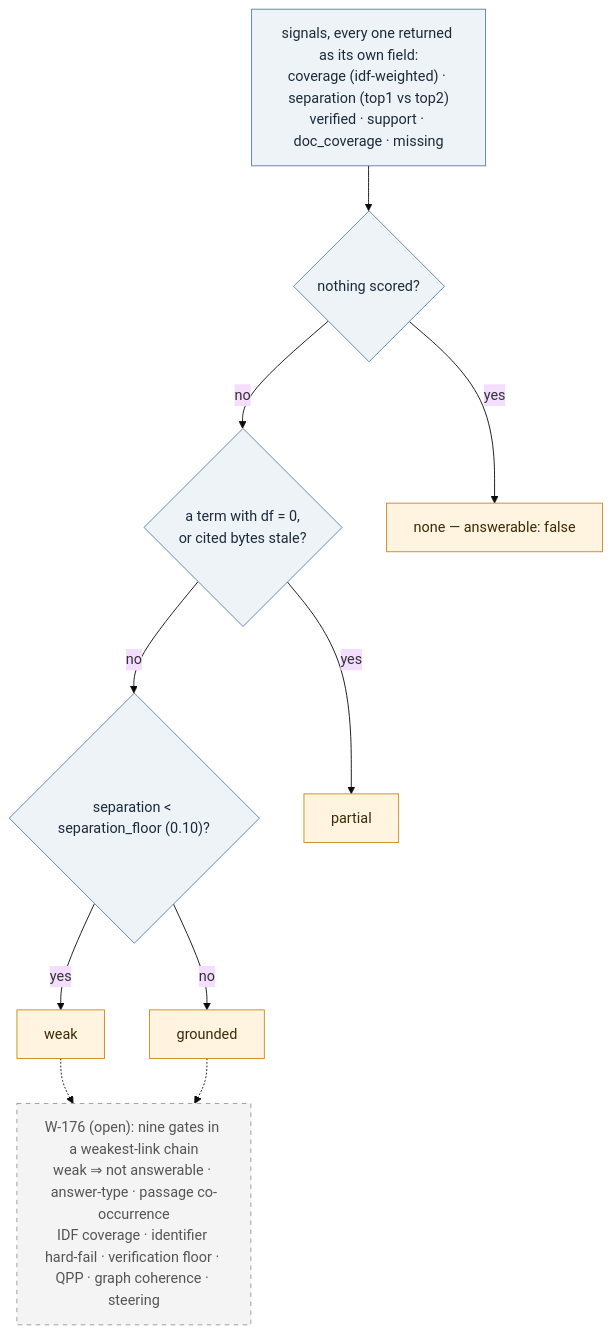
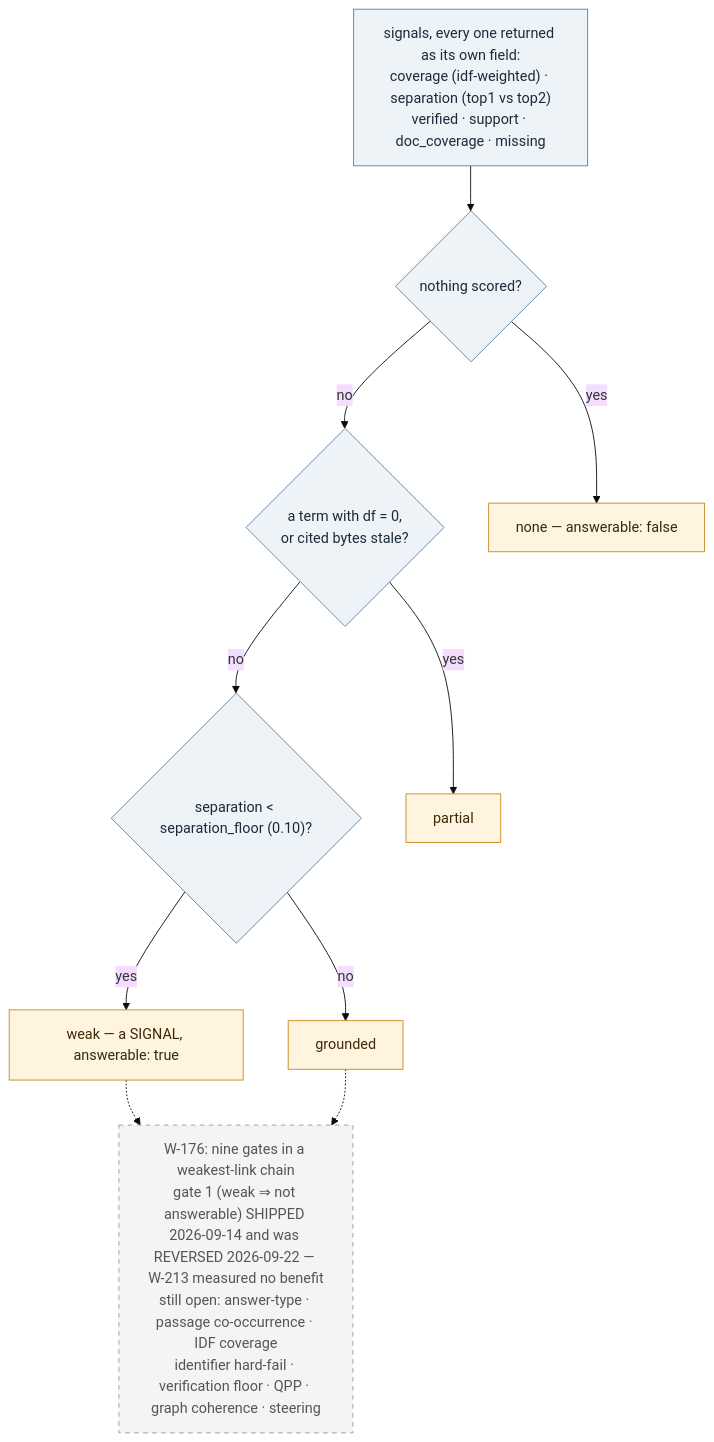
Before and after one commit to arpitarya/fux: the diagram in docs/paper/figures/src/fig-09-confidence.mmd, drawn with Mermaid (base theme). The commit also changed 500 other files, not shown here.

```diff
--- a/docs/paper/figures/src/fig-09-confidence.mmd
+++ b/docs/paper/figures/src/fig-09-confidence.mmd
@@ -1,22 +1,22 @@
 flowchart TB
   classDef q fill:#eef3f8,stroke:#5b7fa6,color:#1c2b3a
   classDef b fill:#fff4e0,stroke:#c98a1b,color:#3a2a08
   classDef fut fill:#f4f4f4,stroke:#999,color:#555,stroke-dasharray: 5 5
   S["signals, every one returned as its own field:<br/>coverage (idf-weighted) · separation (top1 vs top2)<br/>verified · support · doc_coverage · missing"]:::q
   N{"nothing scored?"}:::q
   P{"a term with df = 0,<br/>or cited bytes stale?"}:::q
   W{"separation &lt; separation_floor (0.10)?"}:::q
   B0["none — answerable: false"]:::b
   B1["partial"]:::b
-  B2["weak"]:::b
+  B2["weak — a SIGNAL, answerable: true"]:::b
   B3["grounded"]:::b
-  G["W-176 (open): nine gates in a weakest-link chain<br/>weak ⇒ not answerable · answer-type · passage co-occurrence<br/>IDF coverage · identifier hard-fail · verification floor · QPP · graph coherence · steering"]:::fut
+  G["W-176: nine gates in a weakest-link chain<br/>gate 1 (weak ⇒ not answerable) SHIPPED 2026-09-14 and was REVERSED 2026-09-22 — W-213 measured no benefit<br/>still open: answer-type · passage co-occurrence · IDF coverage<br/>identifier hard-fail · verification floor · QPP · graph coherence · steering"]:::fut
   S --> N
   N -- yes --> B0
   N -- no --> P
   P -- yes --> B1
   P -- no --> W
   W -- yes --> B2
   W -- no --> B3
   B2 -.-> G
   B3 -.-> G
```
